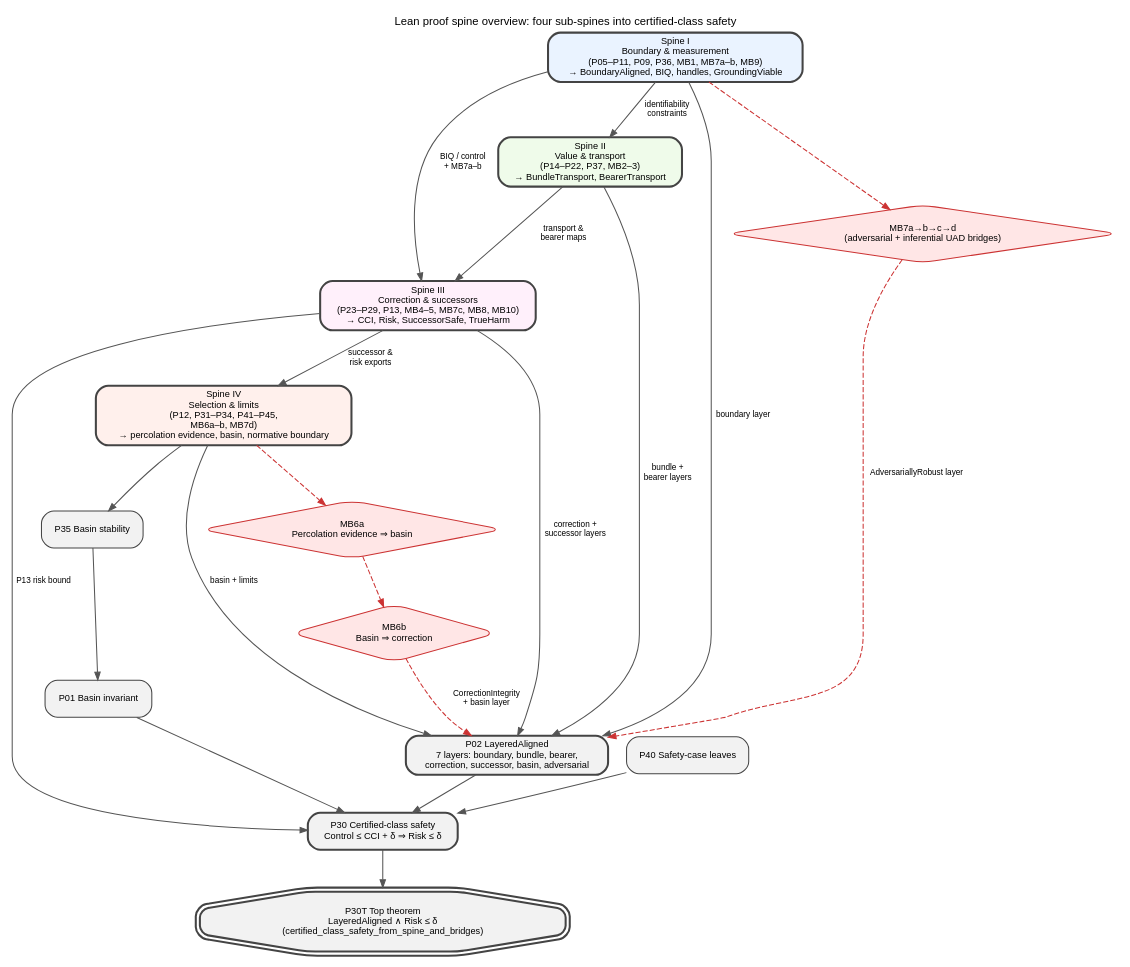
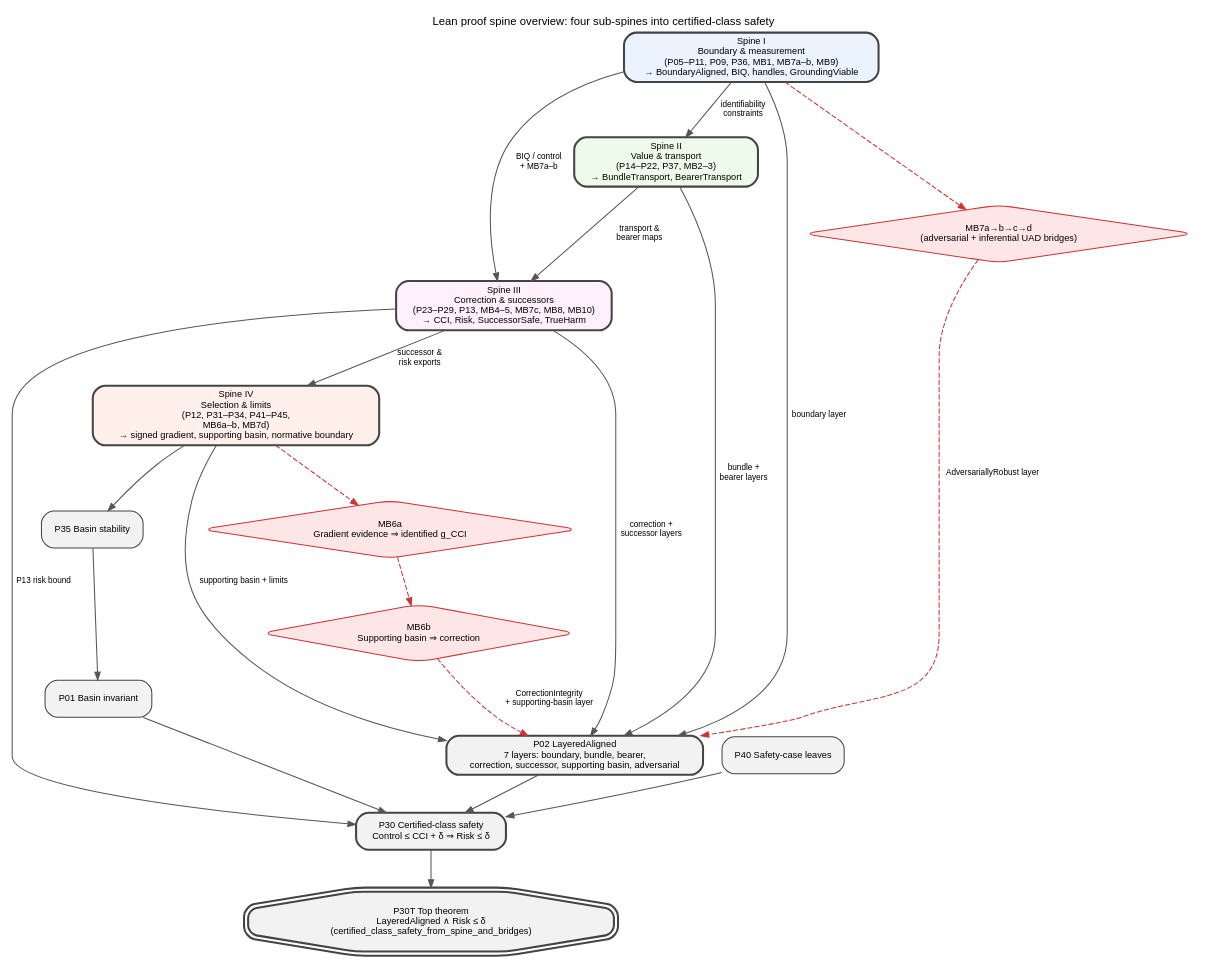
The diagram in context/lean_proof_graphs/00-overview.dot (GunnarZarncke/towards-asi-alignment), drawn with Graphviz before and after one commit. The commit also changed 60 other files, not shown here.

First line of the commit message:
Retype MB6 on signed g_CCI and correction-supporting basins.

```diff
--- a/context/lean_proof_graphs/00-overview.dot
+++ b/context/lean_proof_graphs/00-overview.dot
@@ -1,58 +1,58 @@
 digraph Spine00Overview {
   graph [
     rankdir=TB,
     bgcolor="white",
     splines=true,
     overlap=false,
     fontsize=11,
     fontname="Helvetica",
     label="Lean proof spine overview: four sub-spines into certified-class safety",
     labelloc="t"
   ];
   node [shape=box, style="rounded,filled", fontname="Helvetica", fontsize=9, color="#444444"];
   edge [fontname="Helvetica", fontsize=8, color="#555555", arrowsize=0.75];
 
   S1 [label="Spine I\nBoundary & measurement\n(P05–P11, P09, P36, MB1, MB7a–b, MB9)\n→ BoundaryAligned, BIQ, handles, GroundingViable",
       fillcolor="#EAF3FF", penwidth=2];
   S2 [label="Spine II\nValue & transport\n(P14–P22, P37, MB2–3)\n→ BundleTransport, BearerTransport",
       fillcolor="#EFFBEA", penwidth=2];
   S3 [label="Spine III\nCorrection & successors\n(P23–P29, P13, MB4–5, MB7c, MB8, MB10)\n→ CCI, Risk, SuccessorSafe, TrueHarm",
       fillcolor="#FFF0FB", penwidth=2];
-  S4 [label="Spine IV\nSelection & limits\n(P12, P31–P34, P41–P45,\nMB6a–b, MB7d)\n→ percolation evidence, basin, normative boundary",
+  S4 [label="Spine IV\nSelection & limits\n(P12, P31–P34, P41–P45,\nMB6a–b, MB7d)\n→ signed gradient, supporting basin, normative boundary",
       fillcolor="#FFF0EC", penwidth=2];
 
-  P02 [label="P02 LayeredAligned\n7 layers: boundary, bundle, bearer,\ncorrection, successor, basin, adversarial",
+  P02 [label="P02 LayeredAligned\n7 layers: boundary, bundle, bearer,\ncorrection, successor, supporting basin, adversarial",
        fillcolor="#F2F2F2", penwidth=2];
   P35 [label="P35 Basin stability", fillcolor="#F2F2F2"];
   P01 [label="P01 Basin invariant", fillcolor="#F2F2F2"];
   P30 [label="P30 Certified-class safety\nControl ≤ CCI + δ ⇒ Risk ≤ δ", fillcolor="#F2F2F2", penwidth=2];
   P40 [label="P40 Safety-case leaves", fillcolor="#F2F2F2"];
   P30T [label="P30T Top theorem\nLayeredAligned ∧ Risk ≤ δ\n(certified_class_safety_from_spine_and_bridges)",
         fillcolor="#F2F2F2", shape=doubleoctagon, penwidth=2];
 
   MB7 [shape=diamond, fillcolor="#FFE6E6", color="#CC3333",
        label="MB7a→b→c→d\n(adversarial + inferential UAD bridges)"];
-  MB6a [shape=diamond, fillcolor="#FFE6E6", color="#CC3333", label="MB6a\nPercolation evidence ⇒ basin"];
-  MB6b [shape=diamond, fillcolor="#FFE6E6", color="#CC3333", label="MB6b\nBasin ⇒ correction"];
+  MB6a [shape=diamond, fillcolor="#FFE6E6", color="#CC3333", label="MB6a\nGradient evidence ⇒ identified g_CCI"];
+  MB6b [shape=diamond, fillcolor="#FFE6E6", color="#CC3333", label="MB6b\nSupporting basin ⇒ correction"];
 
   S1 -> S2 [label="identifiability\nconstraints"];
   S1 -> S3 [label="BIQ / control\n+ MB7a–b"];
   S2 -> S3 [label="transport &\nbearer maps"];
   S3 -> S4 [label="successor &\nrisk exports"];
-  S4 -> P02 [label="basin + limits"];
+  S4 -> P02 [label="supporting basin + limits"];
 
   S1 -> MB7 [style=dashed, color="#CC3333"];
   MB7 -> P02 [style=dashed, color="#CC3333", label="AdversariallyRobust layer"];
   S4 -> MB6a [style=dashed, color="#CC3333"];
   MB6a -> MB6b [style=dashed, color="#CC3333"];
-  MB6b -> P02 [style=dashed, color="#CC3333", label="CorrectionIntegrity\n+ basin layer"];
+  MB6b -> P02 [style=dashed, color="#CC3333", label="CorrectionIntegrity\n+ supporting-basin layer"];
   S3 -> P02 [label="correction +\nsuccessor layers"];
   S2 -> P02 [label="bundle +\nbearer layers"];
   S1 -> P02 [label="boundary layer"];
 
   S4 -> P35 -> P01 -> P30;
   P02 -> P30;
   S3 -> P30 [label="P13 risk bound"];
   P40 -> P30;
   P30 -> P30T;
 }
```
